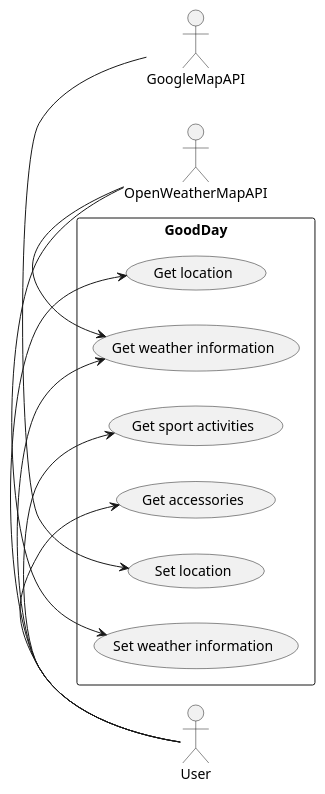
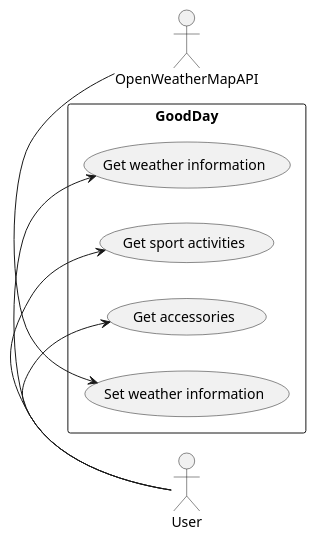
One commit to mustanghippie/Goodday changed the diagram in UML/GoodDay_use_case_diagram.puml. Above: the diagram before and after it, drawn with PlantUML.

Commit message:
Update use case diagram

```diff
--- a/UML/GoodDay_use_case_diagram.puml
+++ b/UML/GoodDay_use_case_diagram.puml
@@ -1,19 +1,15 @@
 @startuml
 
 actor User
-actor GoogleMapAPI
 actor OpenWeatherMapAPI
 
 left to right direction
 
 rectangle GoodDay{
-    User -> (Get location)
     User -> (Get weather information)
     User -> (Get sport activities)
     User -> (Get accessories)
-    OpenWeatherMapAPI -left-> (Get weather information)
-    GoogleMapAPI -left-> (Set location)
     OpenWeatherMapAPI -left-> (Set weather information)
 }
 
 @enduml
```
